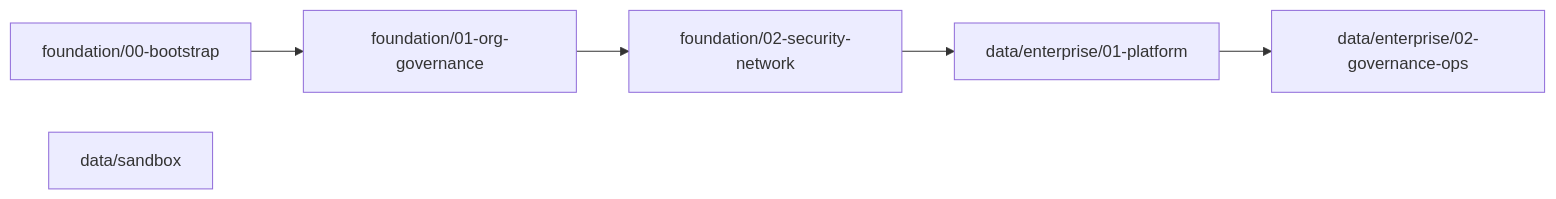
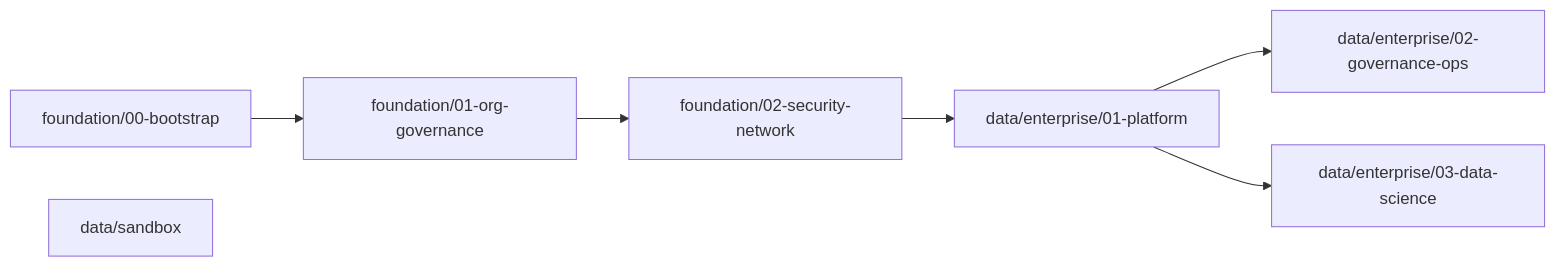
Before and after one commit to choo737/gcp-foundation: the diagram in README.md, drawn with Mermaid. The commit also changed other lines of this file and 37 other files, not shown here.

Commit message:
feat: add 03-data-science stage, ml-governance module, and Workbench/VPC-SC guardrails

````diff
--- a/README.md
+++ b/README.md
@@ -33,8 +34,9 @@
 ```mermaid
 flowchart LR
     S0["foundation/00-bootstrap"] --> S1["foundation/01-org-governance"]
     S1 --> S2["foundation/02-security-network"]
     S2 --> D1["data/enterprise/01-platform"]
     D1 --> D2["data/enterprise/02-governance-ops"]
+    D1 --> D3["data/enterprise/03-data-science"]
     SB["data/sandbox"]
 ```
````
